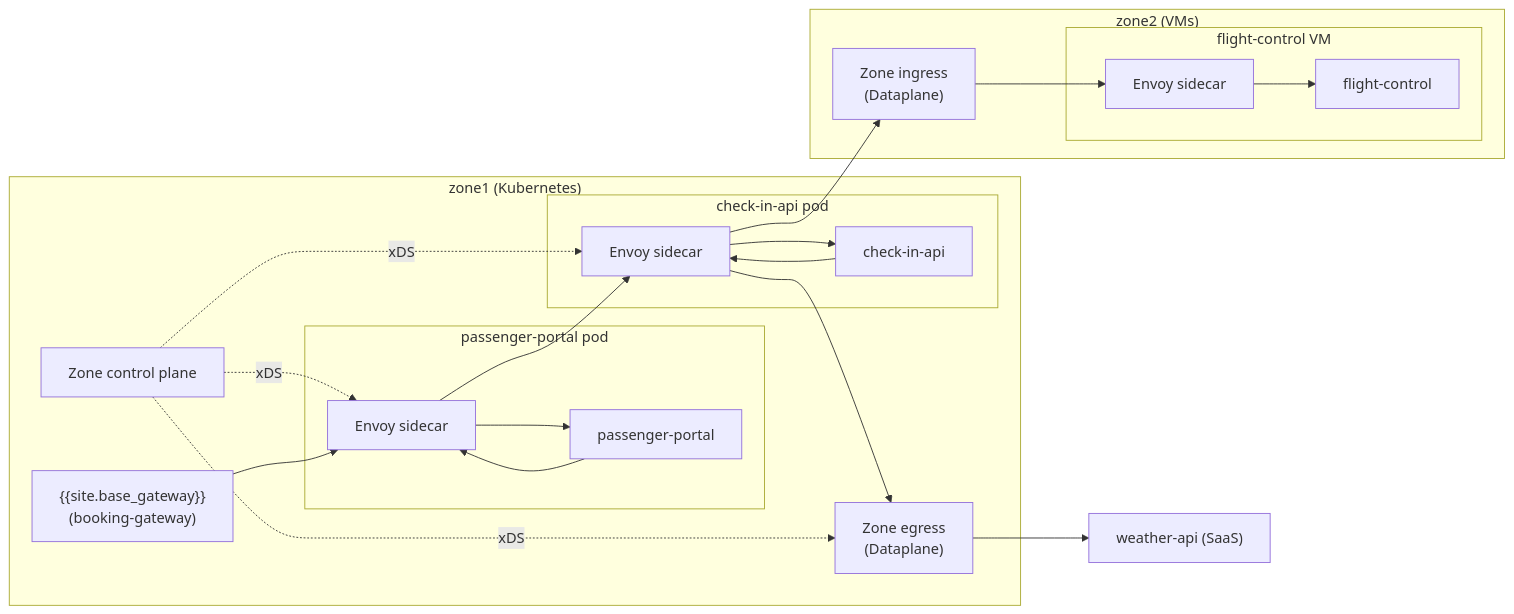
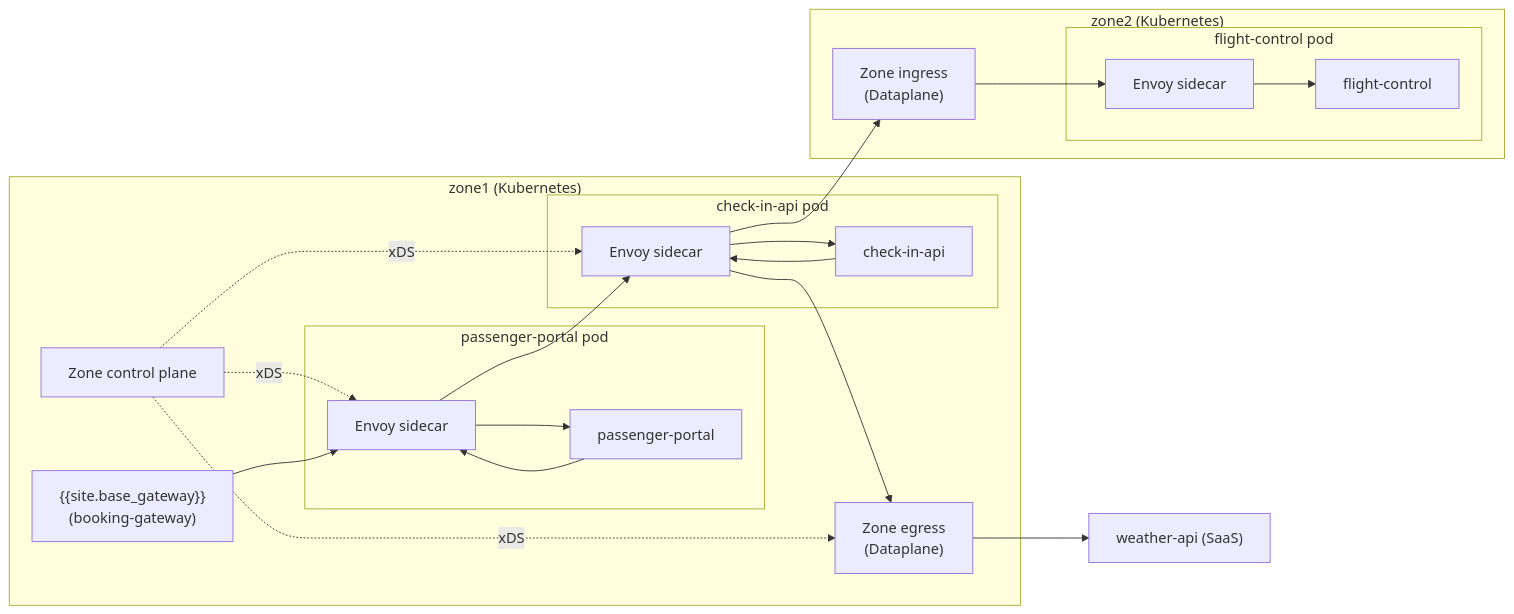
One commit to Kong/developer.konghq.com changed the second of 2 diagrams in app/mesh/architecture-overview.md. Above: the diagram before and after it, drawn with Mermaid. The commit also changed other lines of this file and 27 other files, not shown here.

```diff
--- a/app/mesh/architecture-overview.md
+++ b/app/mesh/architecture-overview.md
@@ -111,40 +111,40 @@
 {% mermaid %}
 flowchart LR
     subgraph ZoneEast["zone1 (Kubernetes)"]
         ZECP["Zone control plane"]
         KG["{{site.base_gateway}}<br/>(booking-gateway)"]
         subgraph PPSvc["passenger-portal pod"]
             PP_App["passenger-portal"]
             PP_Envoy["Envoy sidecar"]
         end
         subgraph CISvc["check-in-api pod"]
             CI_App["check-in-api"]
             CI_Envoy["Envoy sidecar"]
         end
         ZE_East["Zone egress<br/>(Dataplane)"]
     end
-    subgraph ZoneWest["zone2 (VMs)"]
+    subgraph ZoneWest["zone2 (Kubernetes)"]
         ZI_West["Zone ingress<br/>(Dataplane)"]
-        subgraph FCSvc["flight-control VM"]
+        subgraph FCSvc["flight-control pod"]
             FC_App["flight-control"]
             FC_Envoy["Envoy sidecar"]
         end
     end
     EXT["weather-api (SaaS)"]
 
     ZECP -.->|xDS| PP_Envoy
     ZECP -.->|xDS| CI_Envoy
     ZECP -.->|xDS| ZE_East
 
     KG --> PP_Envoy
     PP_Envoy --> PP_App
     PP_App --> PP_Envoy
     PP_Envoy --> CI_Envoy
     CI_Envoy --> CI_App
     CI_App --> CI_Envoy
     CI_Envoy --> ZI_West
     ZI_West --> FC_Envoy
     FC_Envoy --> FC_App
     CI_Envoy --> ZE_East
     ZE_East --> EXT
 {% endmermaid %}
```
